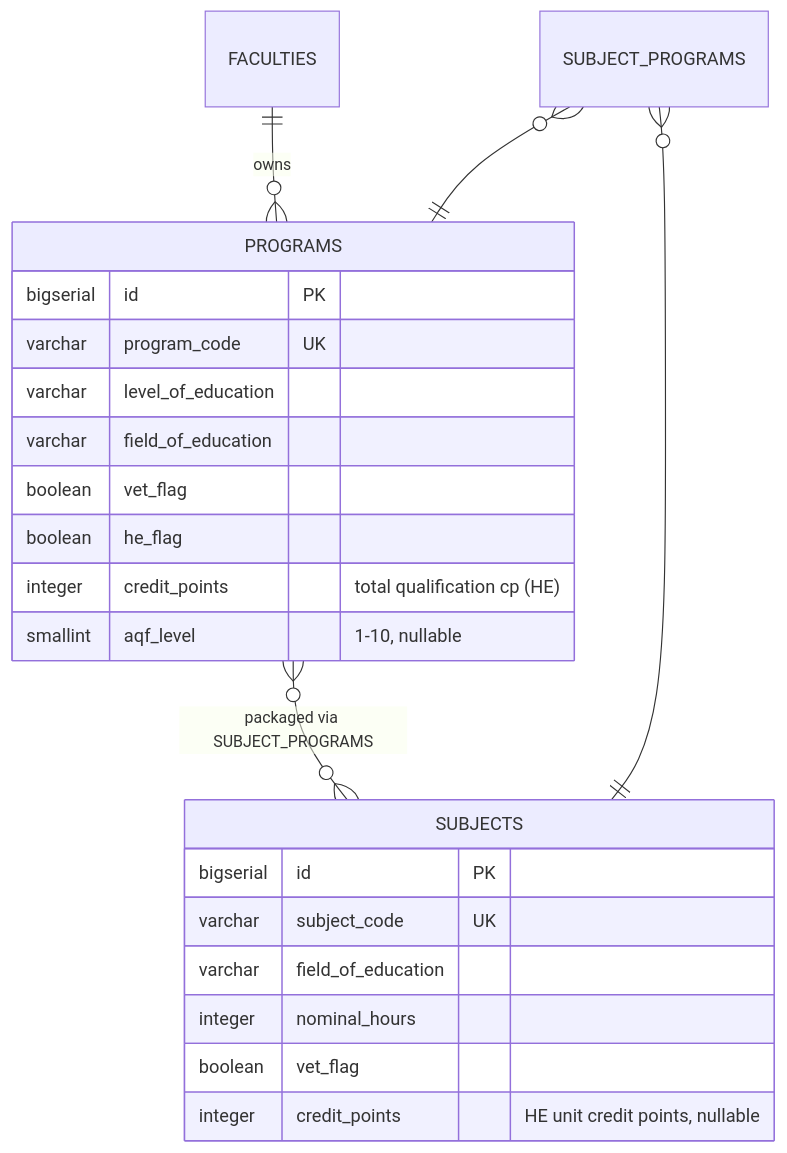
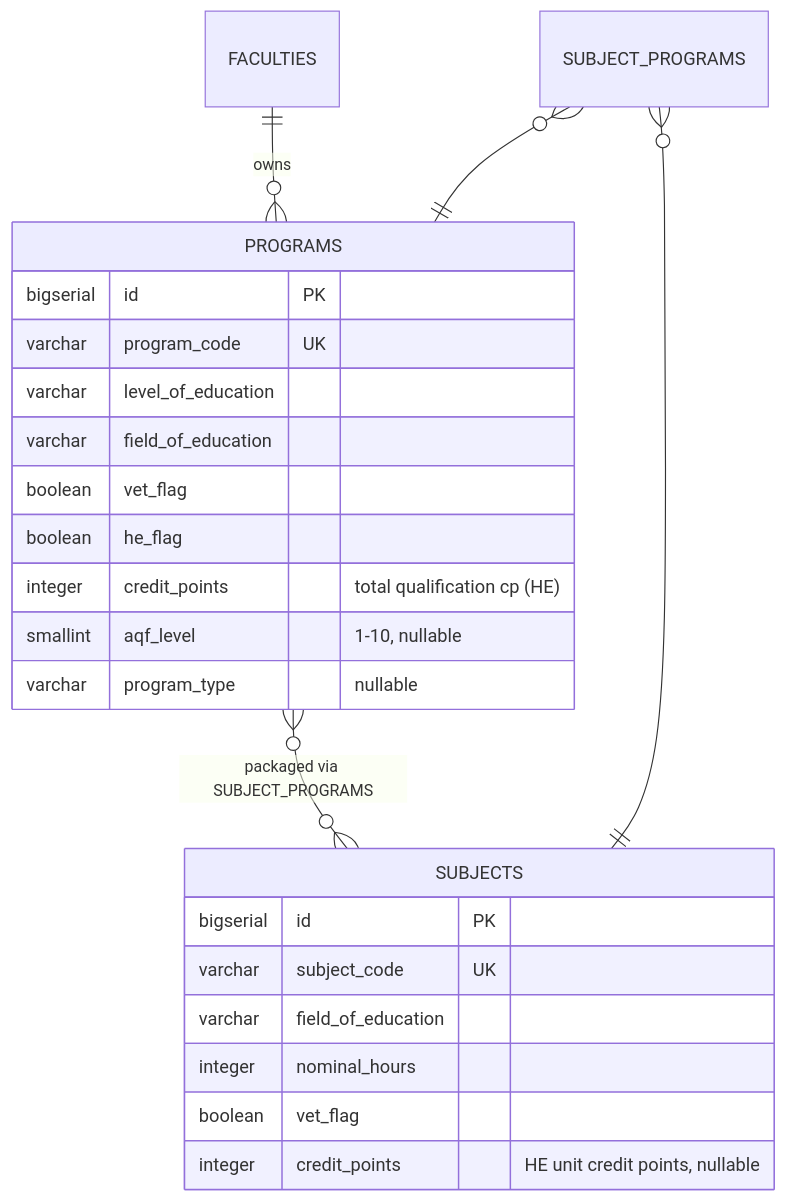
The third of 13 diagrams in docs/DATABASE.md (harleycalvert/nvims), drawn with Mermaid before and after one commit. The commit also changed other lines of this file and 4 other files, not shown here.

Commit message:
added VCM to database schema

````diff
--- a/docs/DATABASE.md
+++ b/docs/DATABASE.md
@@ -166,26 +172,27 @@
 ```mermaid
 erDiagram
     FACULTIES ||--o{ PROGRAMS : owns
     PROGRAMS }o--o{ SUBJECTS : "packaged via SUBJECT_PROGRAMS"
     SUBJECT_PROGRAMS }o--|| PROGRAMS : ""
     SUBJECT_PROGRAMS }o--|| SUBJECTS : ""
 
     PROGRAMS {
         bigserial id PK
         varchar program_code UK
         varchar level_of_education
         varchar field_of_education
         boolean vet_flag
         boolean he_flag
         integer credit_points "total qualification cp (HE)"
         smallint aqf_level "1-10, nullable"
+        varchar program_type "nullable"
     }
     SUBJECTS {
         bigserial id PK
         varchar subject_code UK
         varchar field_of_education
         integer nominal_hours
         boolean vet_flag
         integer credit_points "HE unit credit points, nullable"
     }
 ```
````
